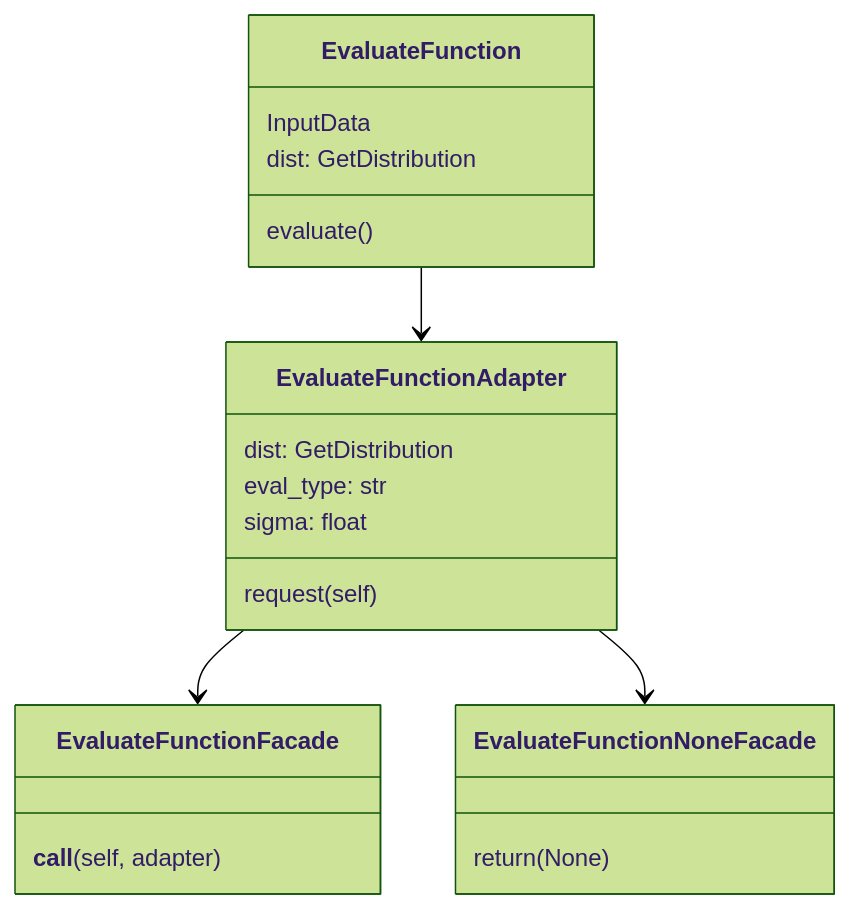
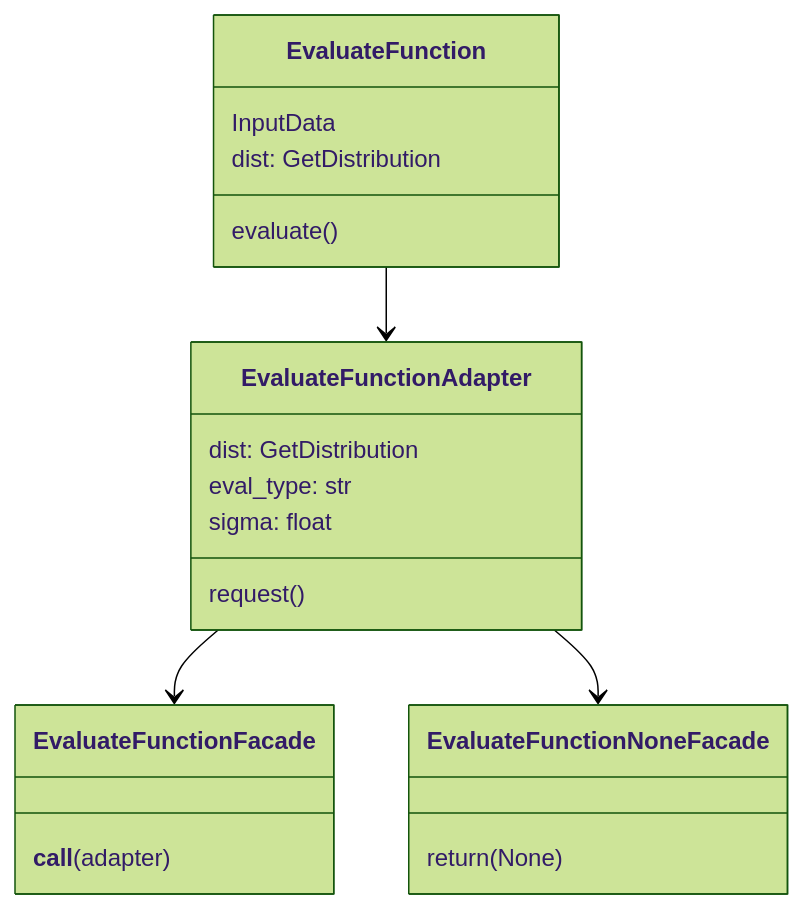
Before and after one commit to FjShm/research: the third of 4 diagrams in README.md, drawn with Mermaid (forest theme). The commit also changed other lines of this file, not shown here.

````diff
--- a/README.md
+++ b/README.md
@@ -252,28 +252,28 @@
 ```mermaid
 classDiagram
 
 class EvaluateFunction{
     InputData
     dist: GetDistribution
     evaluate()
 }
 
 class EvaluateFunctionAdapter{
     dist: GetDistribution
     eval_type: str
     sigma: float
-    request(self)
+    request()
 }
 
 class EvaluateFunctionFacade{
-    __call__(self, adapter)
+    __call__(adapter)
 }
 
 class EvaluateFunctionNoneFacade{
     return (None)
 }
 
 EvaluateFunction --> EvaluateFunctionAdapter
 EvaluateFunctionAdapter --> EvaluateFunctionFacade
 EvaluateFunctionAdapter --> EvaluateFunctionNoneFacade
 ```
````
